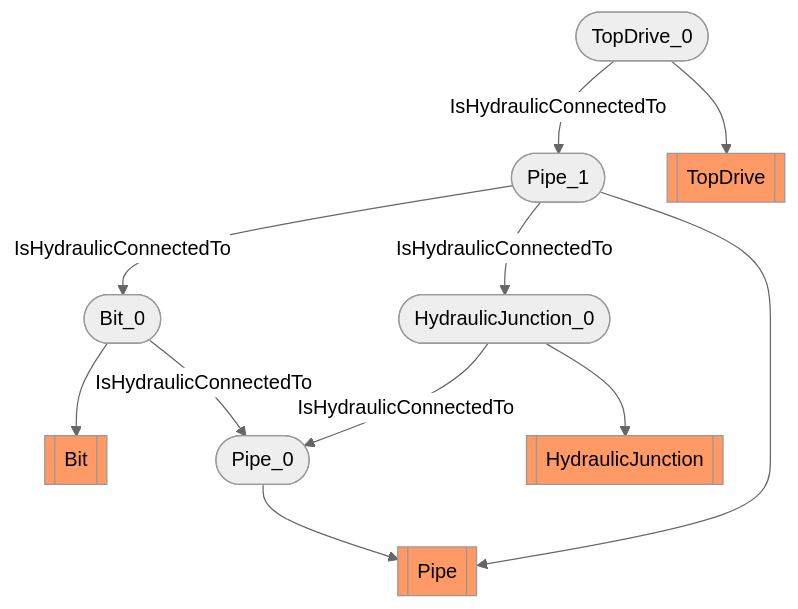
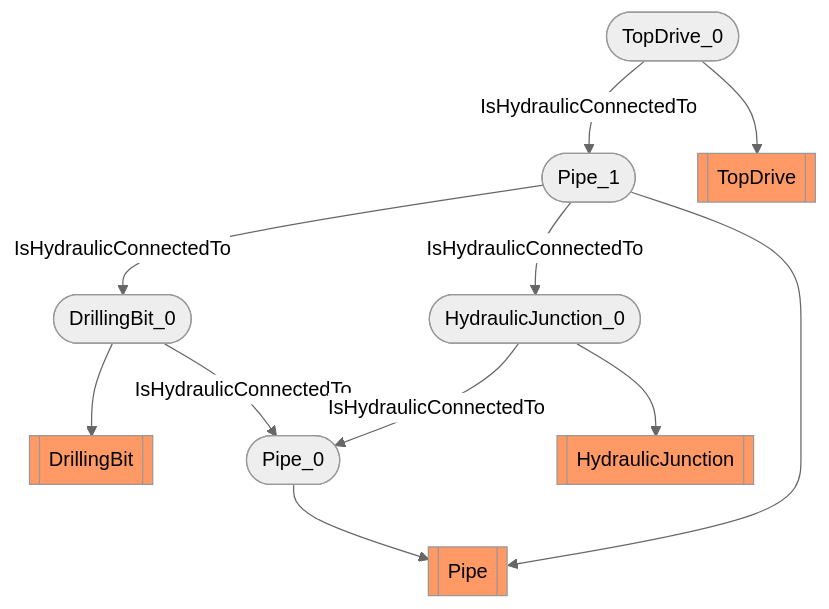
The diagram in docs/vocabulary_development/auto-generated/md/examples/Sub-Surface Hydraulic Circuit.md (D-WIS/DDHub-Semantic-Interoperability), drawn with Mermaid (neutral theme) before and after one commit. The commit also changed other lines of this file and 27 other files, not shown here.

````diff
--- a/docs/vocabulary_development/auto-generated/md/examples/Sub-Surface Hydraulic Circuit.md
+++ b/docs/vocabulary_development/auto-generated/md/examples/Sub-Surface Hydraulic Circuit.md
@@ -12,15 +12,15 @@
 ```mermaid
 flowchart TD
 	 classDef typeClass fill:#f96;
 	 classDef classClass fill:#9dd0ff;
-	Bit_0([Bit_0]) --> Bit[[Bit]]:::typeClass
+	DrillingBit_0([DrillingBit_0]) --> DrillingBit[[DrillingBit]]:::typeClass
 	Pipe_0([Pipe_0]) --> Pipe[[Pipe]]:::typeClass
 	Pipe_1([Pipe_1]) --> Pipe[[Pipe]]:::typeClass
 	HydraulicJunction_0([HydraulicJunction_0]) --> HydraulicJunction[[HydraulicJunction]]:::typeClass
 	TopDrive_0([TopDrive_0]) --> TopDrive[[TopDrive]]:::typeClass
-	 Bit_0 -- IsHydraulicConnectedTo --> Pipe_0 
-	 Pipe_1 -- IsHydraulicConnectedTo --> Bit_0 
+	 DrillingBit_0 -- IsHydraulicConnectedTo --> Pipe_0 
+	 Pipe_1 -- IsHydraulicConnectedTo --> DrillingBit_0 
 	 Pipe_1 -- IsHydraulicConnectedTo --> HydraulicJunction_0 
 	 TopDrive_0 -- IsHydraulicConnectedTo --> Pipe_1 
 	 HydraulicJunction_0 -- IsHydraulicConnectedTo --> Pipe_0 
 ```
````
